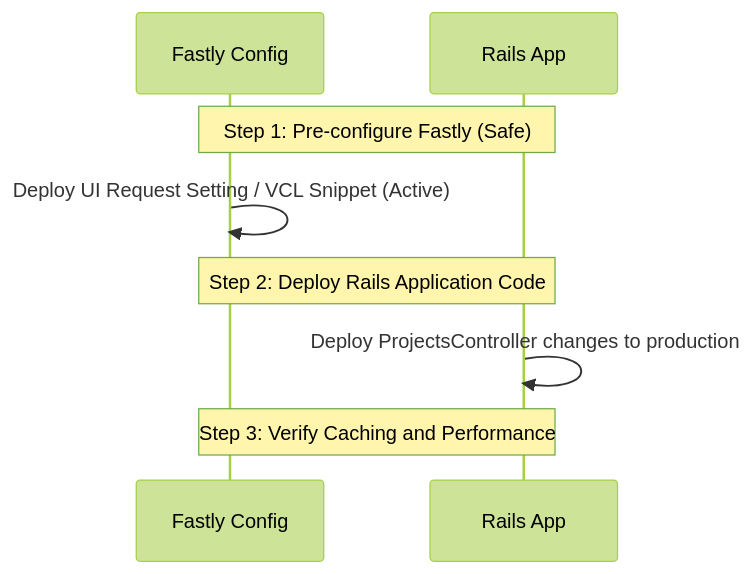
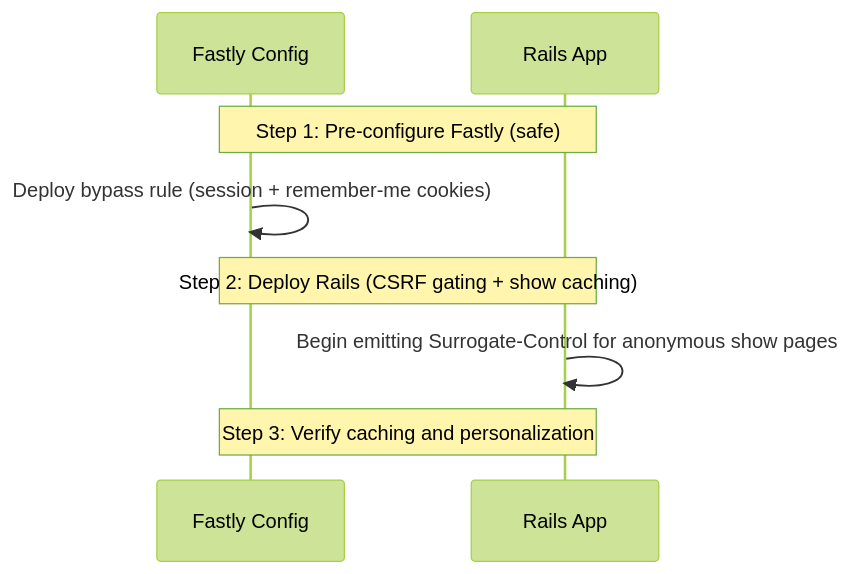
Before and after one commit to ossf/best-practices-badge: the diagram in docs/cdn-cache-not-logged-in.md, drawn with Mermaid (forest theme). The commit also changed other lines of this file, not shown here.

````diff
--- a/docs/cdn-cache-not-logged-in.md
+++ b/docs/cdn-cache-not-logged-in.md
@@ -148,10 +446,10 @@
 ```mermaid
 sequenceDiagram
     participant F as Fastly Config
     participant R as Rails App
-    Note over F,R: Step 1: Pre-configure Fastly (Safe)
-    F->>F: Deploy UI Request Setting / VCL Snippet (Active)
-    Note over F,R: Step 2: Deploy Rails Application Code
-    R->>R: Deploy ProjectsController changes to production
-    Note over F,R: Step 3: Verify Caching and Performance
+    Note over F,R: Step 1: Pre-configure Fastly (safe)
+    F->>F: Deploy bypass rule (session + remember-me cookies)
+    Note over F,R: Step 2: Deploy Rails (CSRF gating + show caching)
+    R->>R: Begin emitting Surrogate-Control for anonymous show pages
+    Note over F,R: Step 3: Verify caching and personalization
 ```
````
